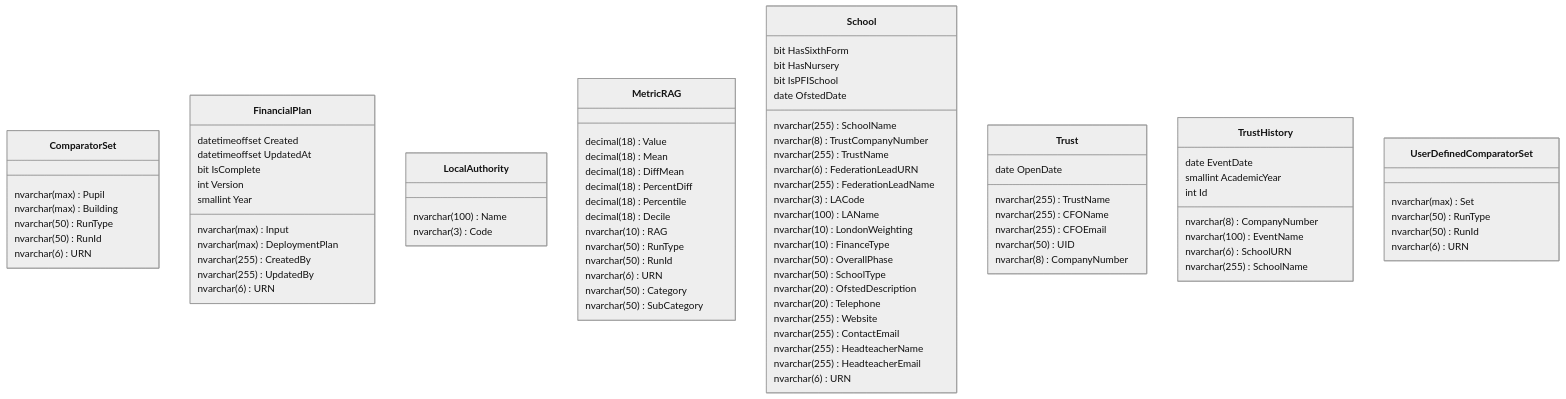
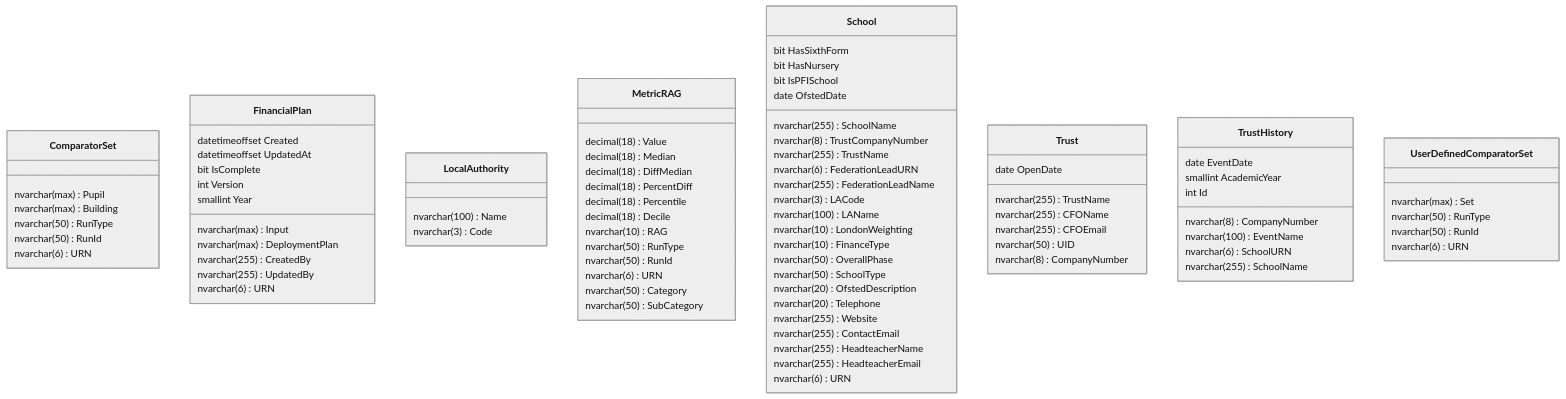
The seventh of 7 diagrams in documentation/data/3_Processing.md (DFE-Digital/education-benchmarking-and-insights), drawn with Mermaid (neutral theme) before and after one commit. The commit also changed other lines of this file and 9 other files, not shown here.

Commit message:
feat: Renamed `Mean` columns in MetricRAG to `Median` and updated pipeline to write to these

```diff
--- a/documentation/data/3_Processing.md
+++ b/documentation/data/3_Processing.md
@@ -488,8 +485,8 @@
 }
 class MetricRAG {
    decimal(18) Value
-   decimal(18) Mean
-   decimal(18) DiffMean
+   decimal(18) Median
+   decimal(18) DiffMedian
    decimal(18) PercentDiff
    decimal(18) Percentile
    decimal(18) Decile
```
